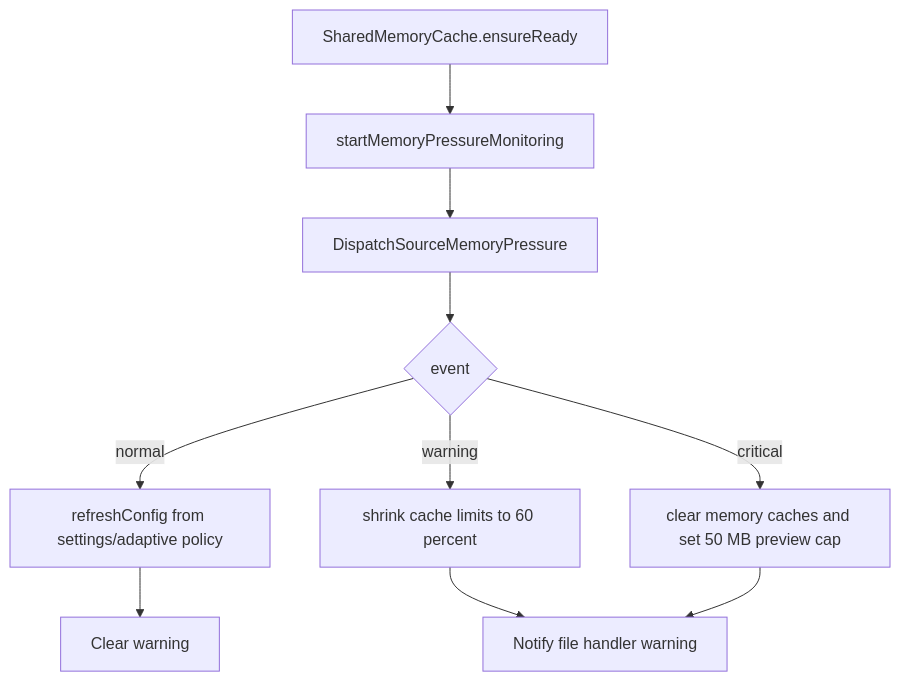
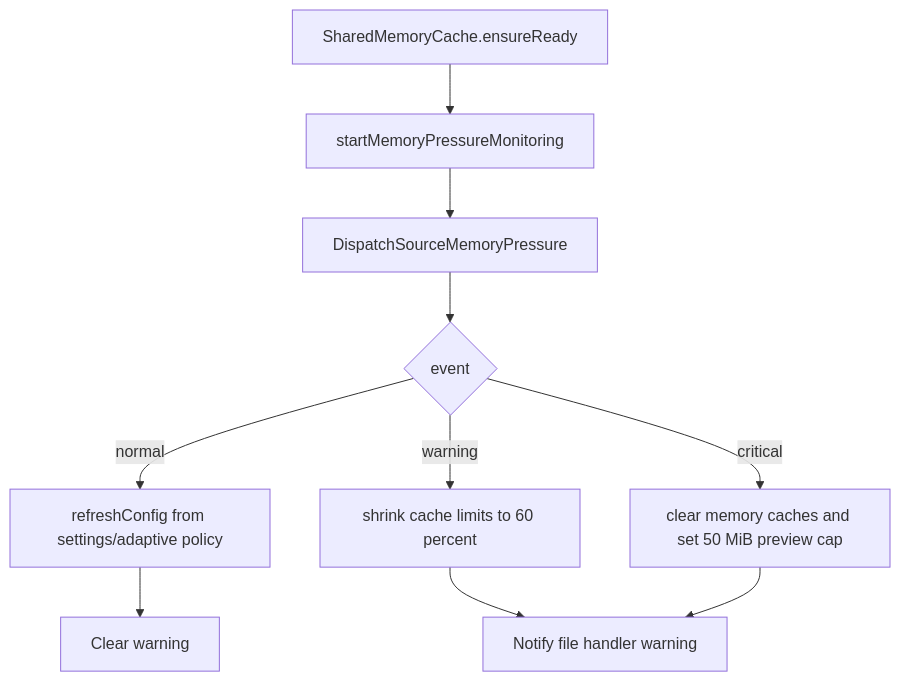
The diagram in content/en/docs/memorypressure.md (rsyncOSX/TechDocRawcull), drawn with Mermaid before and after one commit. The commit also changed other lines of this file and 4 other files, not shown here.

````diff
--- a/content/en/docs/memorypressure.md
+++ b/content/en/docs/memorypressure.md
@@ -25,12 +26,12 @@
 ```mermaid
 flowchart TD
     A["SharedMemoryCache.ensureReady"] --> B["startMemoryPressureMonitoring"]
     B --> C["DispatchSourceMemoryPressure"]
     C --> D{"event"}
     D -->|"normal"| E["refreshConfig from settings/adaptive policy"]
     D -->|"warning"| F["shrink cache limits to 60 percent"]
-    D -->|"critical"| G["clear memory caches and set 50 MB preview cap"]
+    D -->|"critical"| G["clear memory caches and set 50 MiB preview cap"]
     F --> H["Notify file handler warning"]
     G --> H
     E --> I["Clear warning"]
 ```
````
